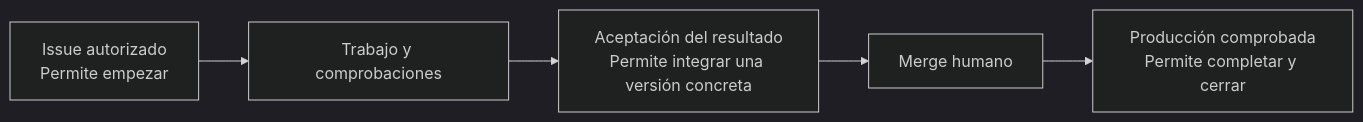
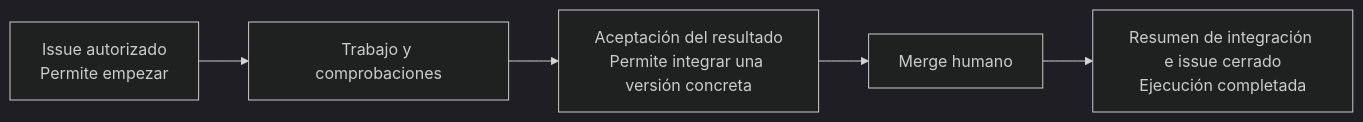
One commit to rubenbp/app-foundry changed the diagram in docs/manual/README.md. Above: the diagram before and after it, drawn with Mermaid (dark theme). The commit also changed other lines of this file and 12 other files, not shown here.

Commit message:
docs: simplify issue authoring and MVP completion flow

````diff
--- a/docs/manual/README.md
+++ b/docs/manual/README.md
@@ -22,7 +22,7 @@
 ```mermaid
 flowchart LR
     A["Issue autorizado<br/>Permite empezar"] --> B["Trabajo y comprobaciones"]
     B --> C["Aceptación del resultado<br/>Permite integrar una versión concreta"]
     C --> D["Merge humano"]
-    D --> E["Producción comprobada<br/>Permite completar y cerrar"]
+    D --> E["Resumen de integración e issue cerrado<br/>Ejecución completada"]
 ```
````
